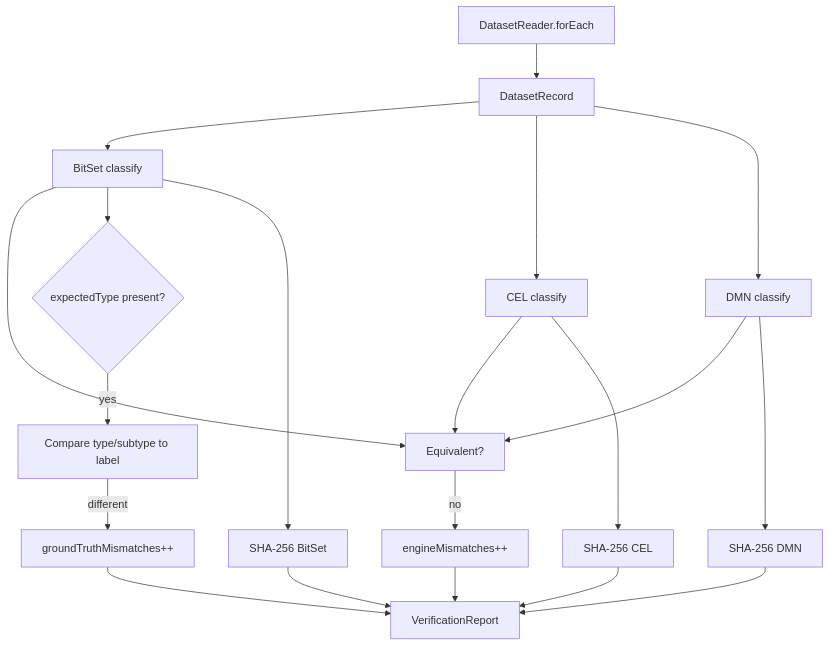
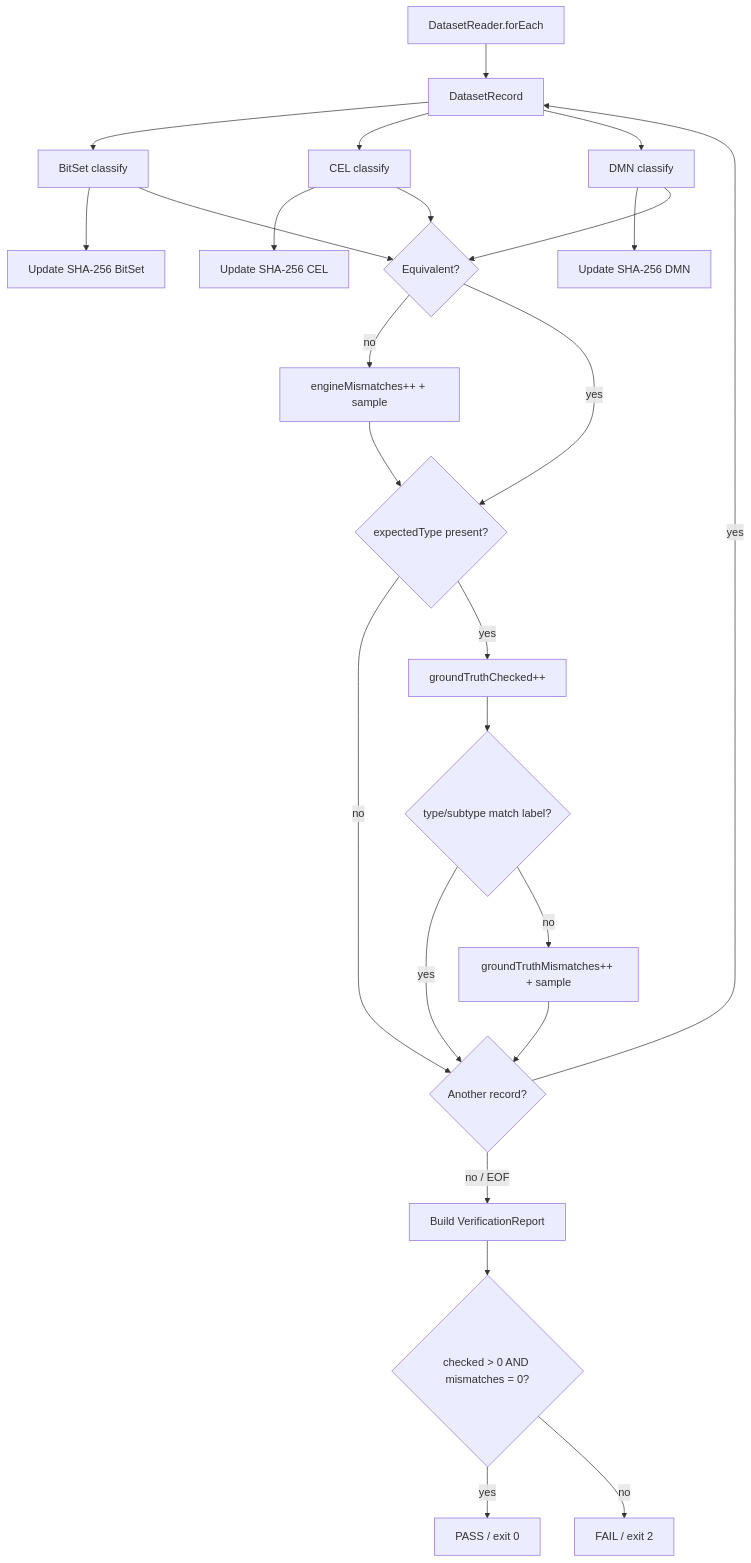
The second of 3 diagrams in docs/IMPLEMENTATION.md (GAbra/itam-asset-typing-benchmark), drawn with Mermaid before and after one commit. The commit also changed other lines of this file, not shown here.

Commit message:
Correct detailed verify and benchmark flows and link static diagrams

````diff
--- a/docs/IMPLEMENTATION.md
+++ b/docs/IMPLEMENTATION.md
@@ -162,22 +114,27 @@
 ```mermaid
 flowchart TD
     R[DatasetReader.forEach] --> X[DatasetRecord]
     X --> B[BitSet classify]
     X --> C[CEL classify]
     X --> D[DMN classify]
-    B --> EQ[Equivalent?]
+    B --> H[Update SHA-256 BitSet]
+    C --> H2[Update SHA-256 CEL]
+    D --> H3[Update SHA-256 DMN]
+    B --> EQ{Equivalent?}
     C --> EQ
     D --> EQ
-    EQ -->|no| EM[engineMismatches++]
-    B --> GT{expectedType present?}
-    GT -->|yes| GC[Compare type/subtype to label]
-    GC -->|different| GM[groundTruthMismatches++]
-    B --> HB[SHA-256 BitSet]
-    C --> HC[SHA-256 CEL]
-    D --> HD[SHA-256 DMN]
-    EM --> REP[VerificationReport]
-    GM --> REP
-    HB --> REP
-    HC --> REP
-    HD --> REP
+    EQ -->|no| EM[engineMismatches++ + sample]
+    EQ -->|yes| GT{expectedType present?}
+    EM --> GT
+    GT -->|no| NEXT{Another record?}
+    GT -->|yes| GTC[groundTruthChecked++]
+    GTC --> GC{type/subtype match label?}
+    GC -->|yes| NEXT
+    GC -->|no| GM[groundTruthMismatches++ + sample]
+    GM --> NEXT
+    NEXT -->|yes| X
+    NEXT -->|no / EOF| REP[Build VerificationReport]
+    REP --> P{checked > 0 AND mismatches = 0?}
+    P -->|yes| OK[PASS / exit 0]
+    P -->|no| FAIL[FAIL / exit 2]
 ```
````
